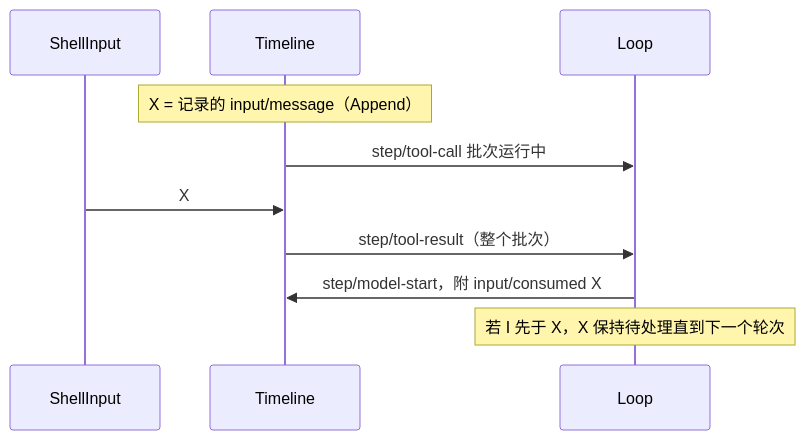
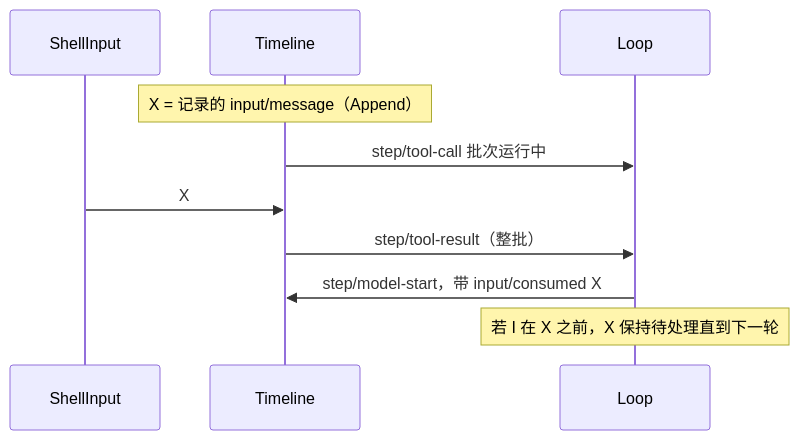
The fifth of 5 diagrams in docs/zh/design/plugins/ShellInput.md (CoutinhoTTS/dim-agent), drawn with Mermaid before and after one commit. The commit also changed other lines of this file and 18 other files, not shown here.

````diff
--- a/docs/zh/design/plugins/ShellInput.md
+++ b/docs/zh/design/plugins/ShellInput.md
@@ -115,12 +115,12 @@
 ```mermaid
 sequenceDiagram
   participant SI as ShellInput
   participant TL as Timeline
   participant L as Loop
   Note over TL: X = 记录的 input/message（Append）
   TL->>L: step/tool-call 批次运行中
   SI->>TL: X
-  TL->>L: step/tool-result（整个批次）
-  L->>TL: step/model-start，附 input/consumed X
-  Note over L: 若 I 先于 X，X 保持待处理直到下一个轮次
+  TL->>L: step/tool-result（整批）
+  L->>TL: step/model-start，带 input/consumed X
+  Note over L: 若 I 在 X 之前，X 保持待处理直到下一轮
 ```
````
